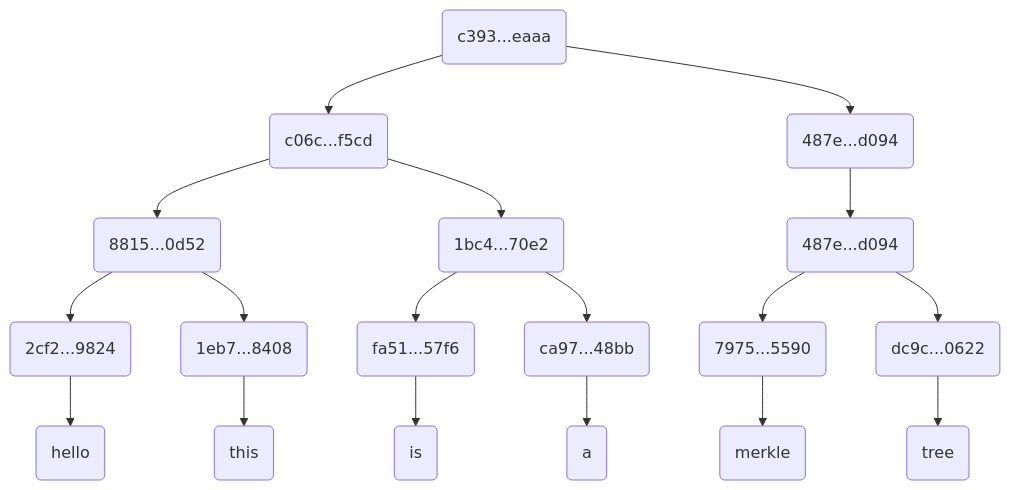
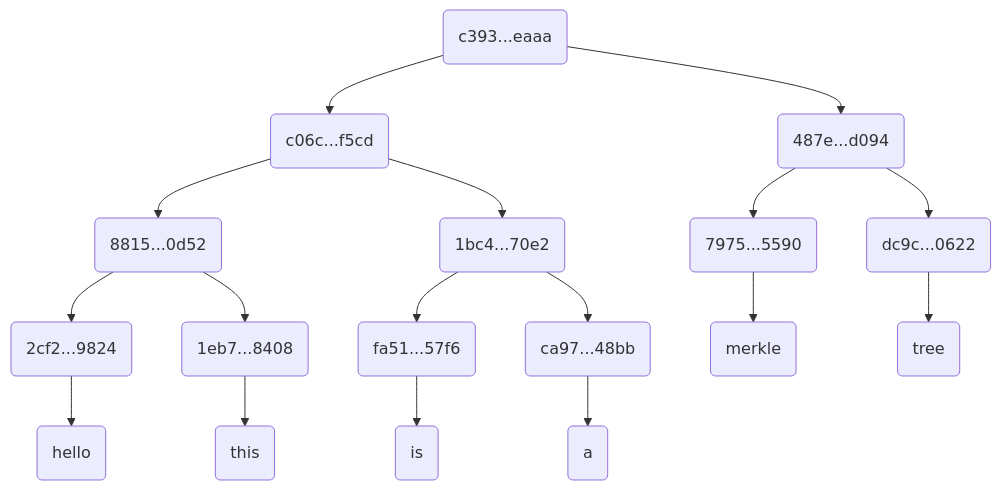
Before and after one commit to dafaqdhruv/Go-MerkleTree: the diagram in README.md, drawn with Mermaid. The commit also changed other lines of this file and 1 other file, not shown here.

````diff
--- a/README.md
+++ b/README.md
@@ -18,14 +56,13 @@
-```mermaid 
-graph 
+```mermaid
+graph
 A(c393...eaaa) --> B(c06c...f5cd)
 A --> C(487e...d094)
 B --> D(8815...0d52)
 B --> E(1bc4...70e2)
-C --> F(487e...d094)
 D --> G(2cf2...9824)  --> M(hello)
 D --> H(1eb7...8408)  --> N(this)
 E --> I(fa51...57f6)  --> O(is)
 E --> J(ca97...48bb)  --> P(a)
-F --> K(7975...5590)  --> Q(merkle)
-F --> L(dc9c...0622)  --> R(tree)
+C --> K(7975...5590)  --> Q(merkle)
+C --> L(dc9c...0622)  --> R(tree)
 ```
````
